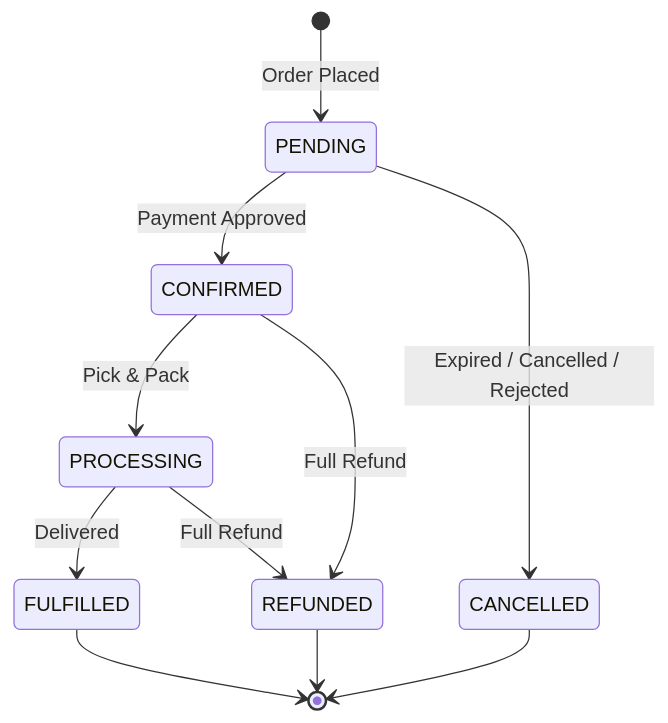
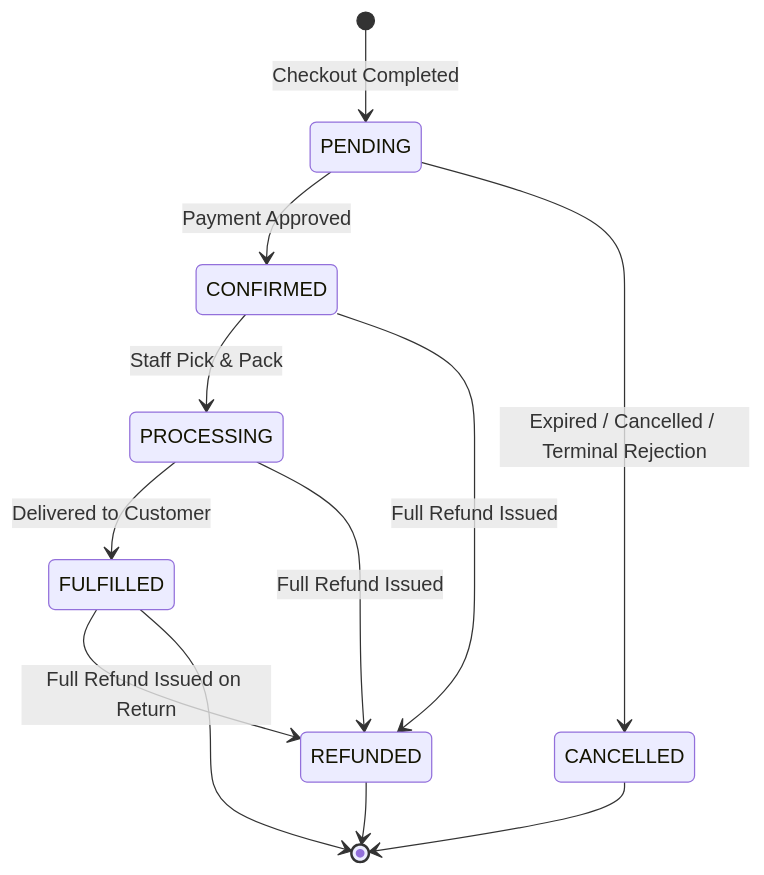
The fifth of 15 diagrams in docs/architecture/COMMERCE_DOMAIN_MODEL.md (SaeBryxn/GamerPeru-Vercel), drawn with Mermaid before and after one commit. The commit also changed other lines of this file and 1 other file, not shown here.

````diff
--- a/docs/architecture/COMMERCE_DOMAIN_MODEL.md
+++ b/docs/architecture/COMMERCE_DOMAIN_MODEL.md
@@ -544,13 +1168,14 @@
 ```mermaid
 stateDiagram-v2
-    [*] --> PENDING: Order Placed
+    [*] --> PENDING: Checkout Completed
     PENDING --> CONFIRMED: Payment Approved
-    PENDING --> CANCELLED: Expired / Cancelled / Rejected
-    CONFIRMED --> PROCESSING: Pick & Pack
-    PROCESSING --> FULFILLED: Delivered
-    CONFIRMED --> REFUNDED: Full Refund
-    PROCESSING --> REFUNDED: Full Refund
+    PENDING --> CANCELLED: Expired / Cancelled / Terminal Rejection
+    CONFIRMED --> PROCESSING: Staff Pick & Pack
+    PROCESSING --> FULFILLED: Delivered to Customer
+    CONFIRMED --> REFUNDED: Full Refund Issued
+    PROCESSING --> REFUNDED: Full Refund Issued
+    FULFILLED --> REFUNDED: Full Refund Issued on Return
     FULFILLED --> [*]
     CANCELLED --> [*]
     REFUNDED --> [*]
 ```
````
